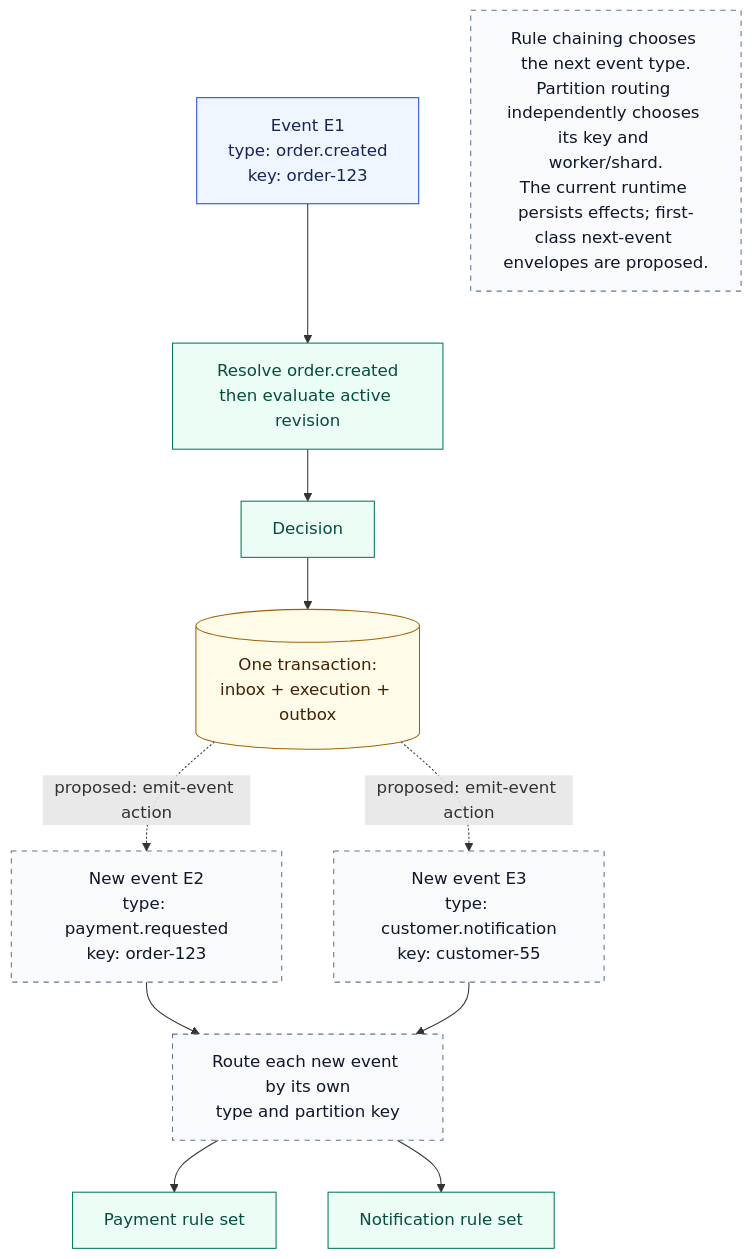
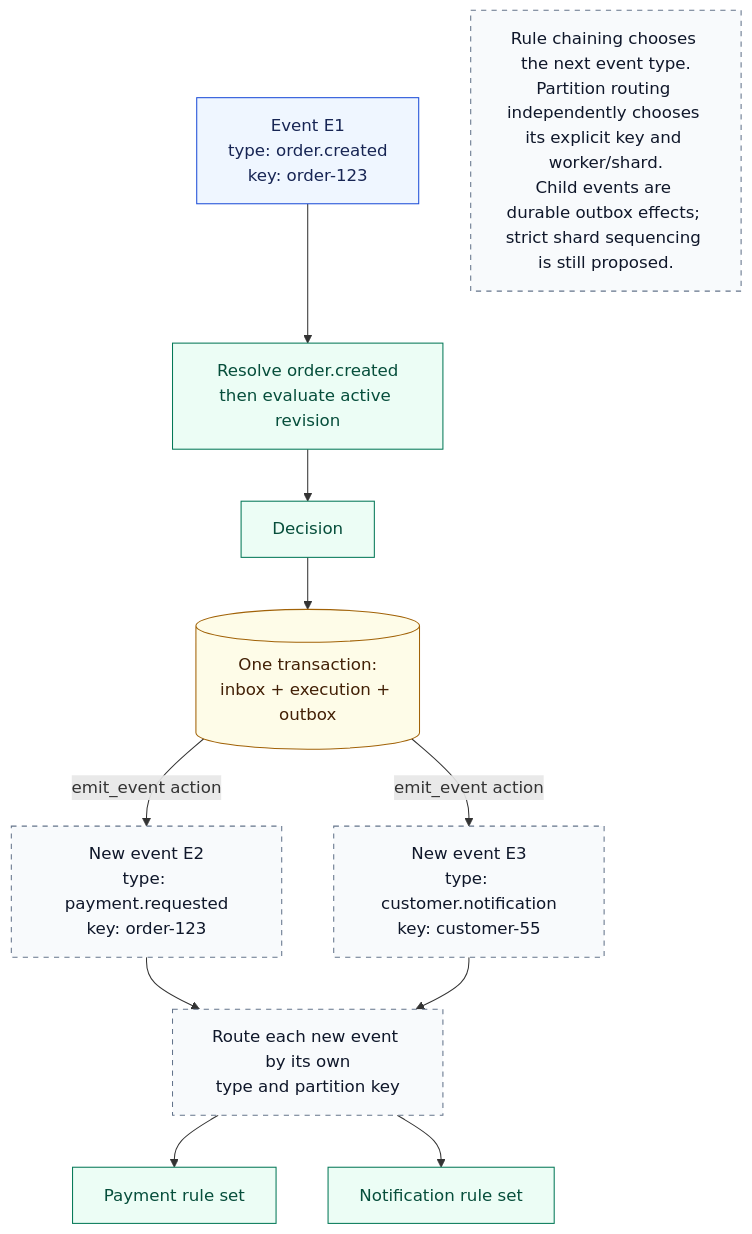
One commit to premchandkpc/kafka-simulate-rule changed the diagram in docs/25-rule-chain-routing.mmd. Above: the diagram before and after it, drawn with Mermaid. The commit also changed 23 other files, not shown here.

First line of the commit message:
Fix P0: Deterministic child event IDs + Per-key serialization (KeyQueue)

```diff
--- a/docs/25-rule-chain-routing.mmd
+++ b/docs/25-rule-chain-routing.mmd
@@ -1,22 +1,22 @@
 flowchart TB
     classDef event fill:#eff6ff,stroke:#1d4ed8,color:#172554
     classDef rule fill:#ecfdf5,stroke:#047857,color:#064e3b
     classDef durable fill:#fefce8,stroke:#a16207,color:#422006
     classDef target fill:#f8fafc,stroke:#64748b,color:#0f172a,stroke-dasharray: 5 5
 
     E1[Event E1<br/>type: order.created<br/>key: order-123]:::event
     R1[Resolve order.created<br/>then evaluate active revision]:::rule
     Decision[Decision]:::rule
     Tx[(One transaction:<br/>inbox + execution + outbox)]:::durable
     Same[New event E2<br/>type: payment.requested<br/>key: order-123]:::target
     Different[New event E3<br/>type: customer.notification<br/>key: customer-55]:::target
     Router[Route each new event by its own<br/>type and partition key]:::target
     R2[Payment rule set]:::rule
     R3[Notification rule set]:::rule
 
     E1 --> R1 --> Decision --> Tx
-    Tx -. proposed: emit-event action .-> Same
-    Tx -. proposed: emit-event action .-> Different
+    Tx -->|emit_event action| Same
+    Tx -->|emit_event action| Different
     Same --> Router --> R2
     Different --> Router --> R3
-    Note[Rule chaining chooses the next event type.<br/>Partition routing independently chooses its key and worker/shard.<br/>The current runtime persists effects; first-class next-event envelopes are proposed.]:::target
+    Note[Rule chaining chooses the next event type.<br/>Partition routing independently chooses its explicit key and worker/shard.<br/>Child events are durable outbox effects; strict shard sequencing is still proposed.]:::target
```
